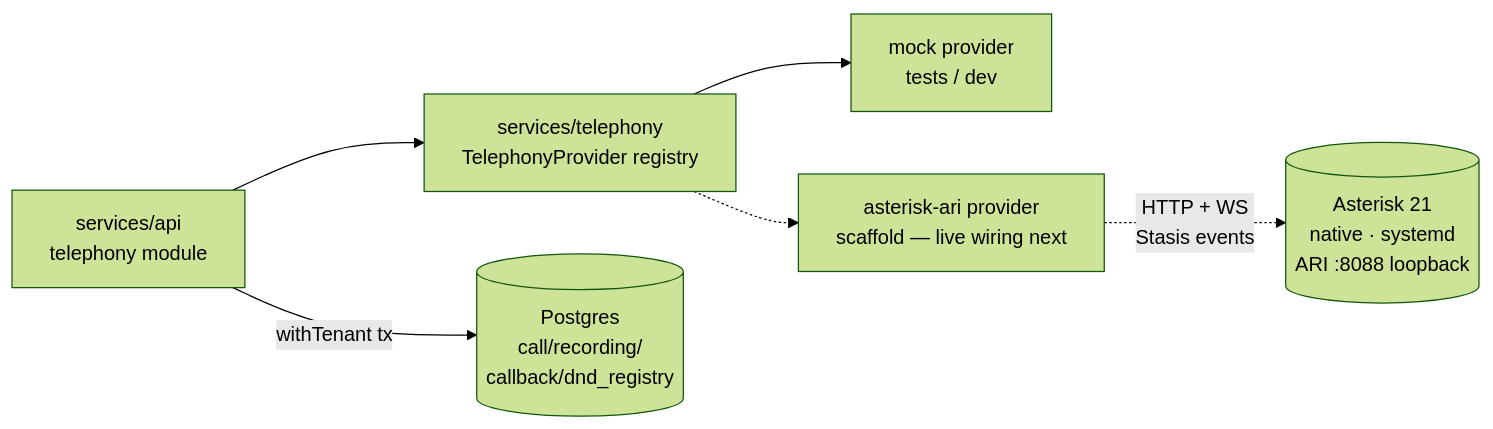
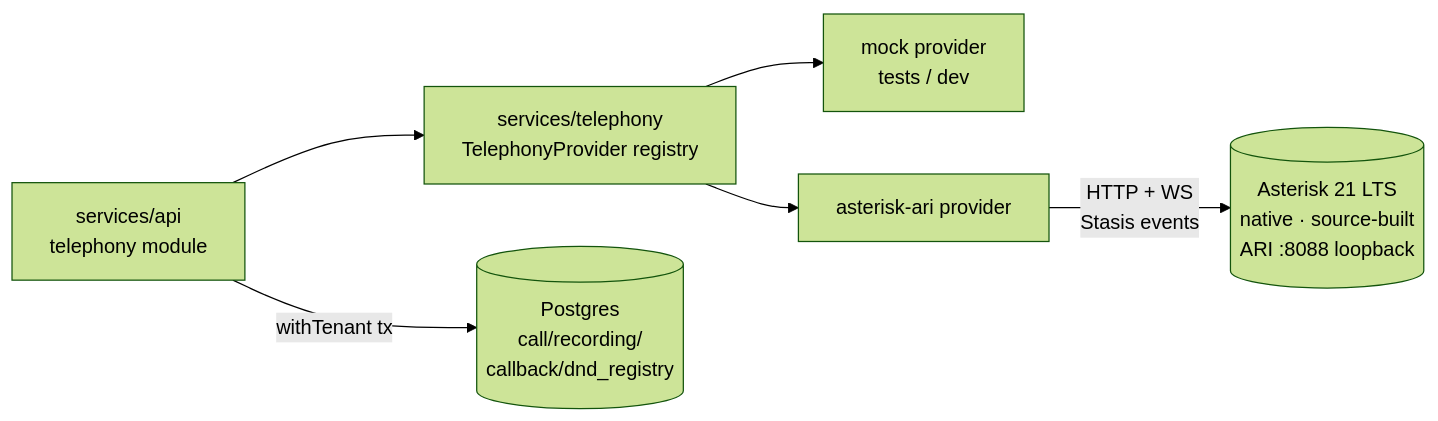
The sixth of 8 diagrams in docs/ARCHITECTURE.md (iamsrishanth/OpenTeleCRM), drawn with Mermaid (forest theme) before and after one commit. The commit also changed other lines of this file and 25 other files, not shown here.

````diff
--- a/docs/ARCHITECTURE.md
+++ b/docs/ARCHITECTURE.md
@@ -219,15 +255,15 @@
 ```mermaid
 flowchart LR
   API[services/api<br/>telephony module]
   TEL[services/telephony<br/>TelephonyProvider registry]
   MOCK[mock provider<br/>tests / dev]
-  ARI[asterisk-ari provider<br/>scaffold — live wiring next]
-  PBX[(Asterisk 21<br/>native · systemd<br/>ARI :8088 loopback)]
+  ARI[asterisk-ari provider]
+  PBX[(Asterisk 21 LTS<br/>native · source-built<br/>ARI :8088 loopback)]
   DB[(Postgres<br/>call/recording/<br/>callback/dnd_registry)]
 
   API --> TEL
   TEL --> MOCK
-  TEL -.-> ARI
-  ARI -.->|HTTP + WS<br/>Stasis events| PBX
+  TEL --> ARI
+  ARI -->|HTTP + WS<br/>Stasis events| PBX
   API -->|withTenant tx| DB
 ```
````
